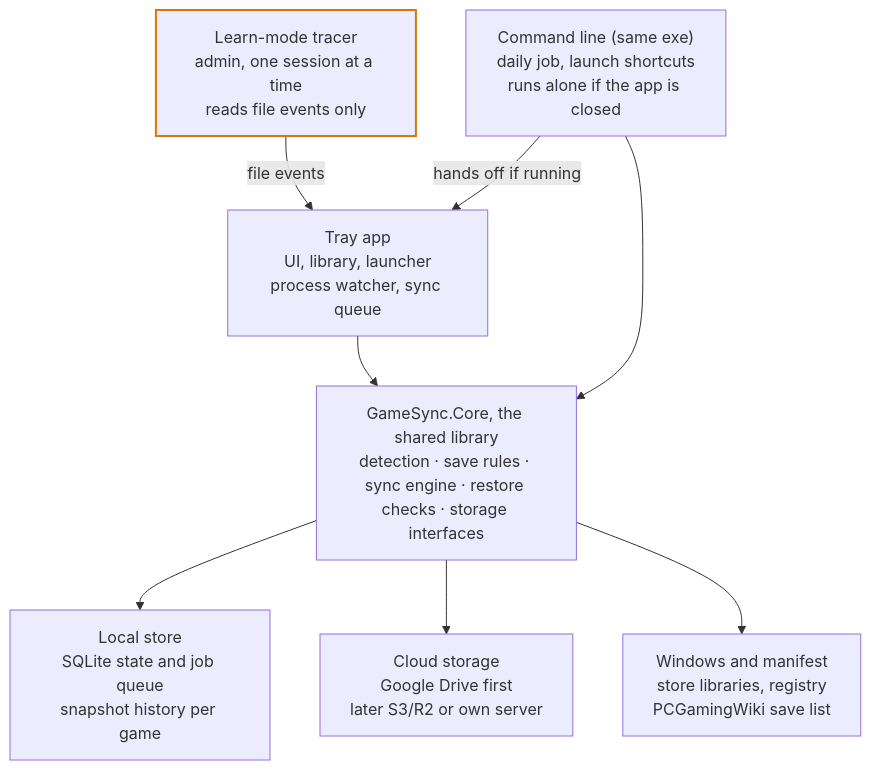
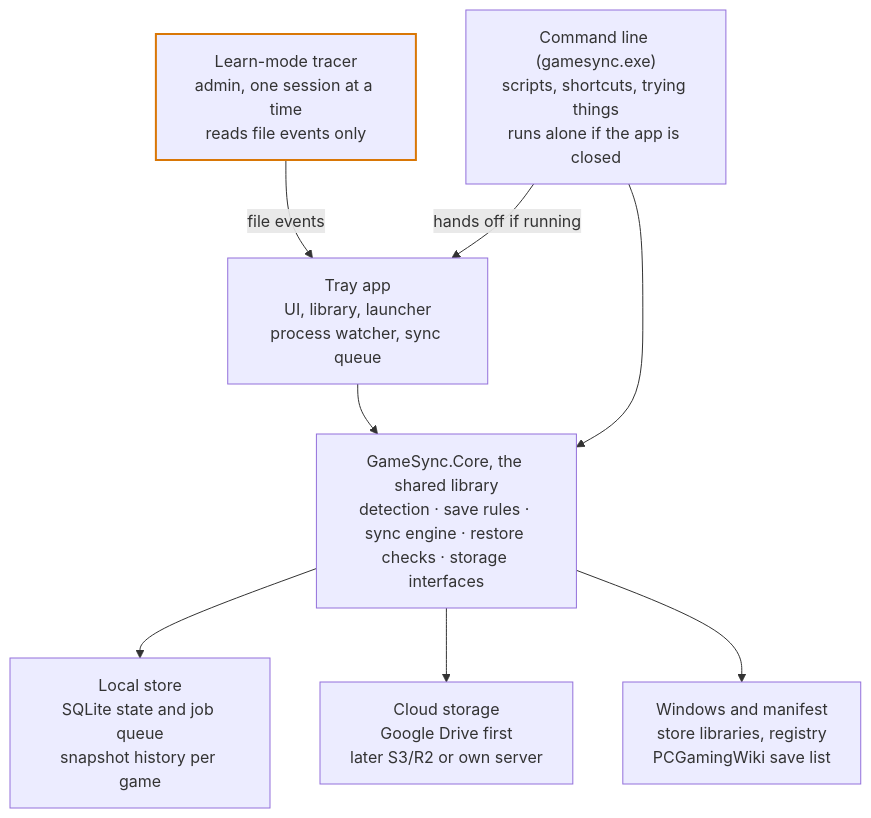
One commit to Ahmed-Javaid/GameSync changed the first of 2 diagrams in docs/design.md. Above: the diagram before and after it, drawn with Mermaid. The commit also changed other lines of this file and 49 other files, not shown here.

````diff
--- a/docs/design.md
+++ b/docs/design.md
@@ -40,19 +40,19 @@
 ```mermaid
 flowchart TB
   tracer["Learn-mode tracer<br/>admin, one session at a time<br/>reads file events only"]
   tray["Tray app<br/>UI, library, launcher<br/>process watcher, sync queue"]
-  cli["Command line (same exe)<br/>daily job, launch shortcuts<br/>runs alone if the app is closed"]
+  cli["Command line (gamesync.exe)<br/>scripts, shortcuts, trying things<br/>runs alone if the app is closed"]
   core["GameSync.Core, the shared library<br/>detection · save rules · sync engine · restore checks · storage interfaces"]
   local["Local store<br/>SQLite state and job queue<br/>snapshot history per game"]
   cloud["Cloud storage<br/>Google Drive first<br/>later S3/R2 or own server"]
   win["Windows and manifest<br/>store libraries, registry<br/>PCGamingWiki save list"]
   tracer -- file events --> tray
   cli -- hands off if running --> tray
   tray --> core
   cli --> core
   core --> local
   core --> cloud
   core --> win
   classDef admin stroke:#d97706,stroke-width:2px
   class tracer admin
 ```
````
